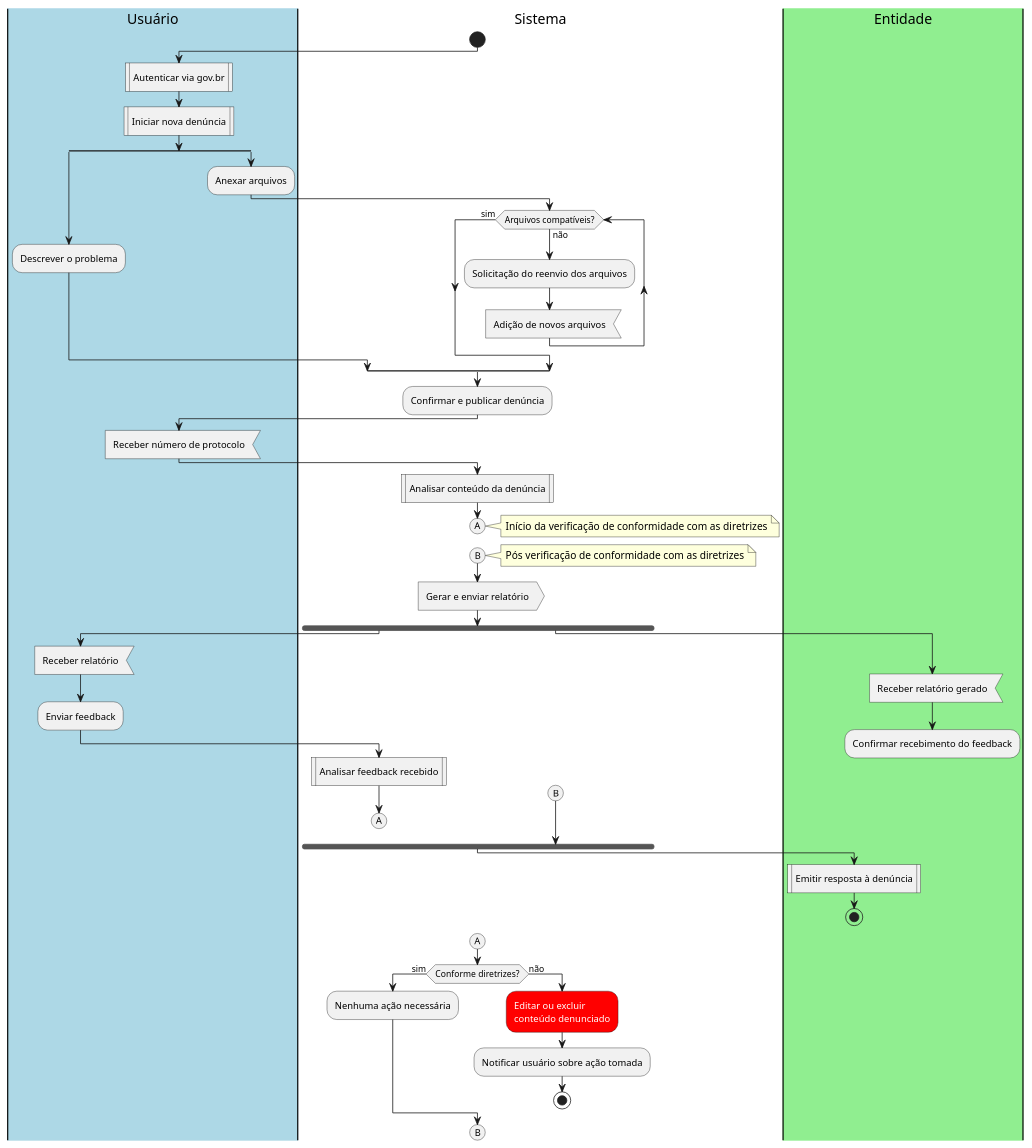
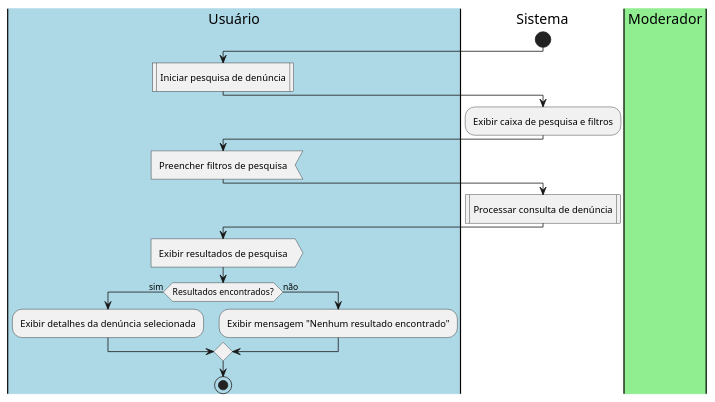
One commit to rafa-alves6/Reclama.se-AOO changed the second of 2 diagrams in modelos/UC_Pesquisar.md. Above: the diagram before and after it, drawn with PlantUML.

````diff
--- a/modelos/UC_Pesquisar.md
+++ b/modelos/UC_Pesquisar.md
@@ -114,81 +114,31 @@
 
 |#lightblue|Usuário|
 |Sistema|
-|#lightgreen|Entidade|
+|#lightgreen|Moderador|
 
 |Sistema|
 start
 
 |Usuário|
-:Autenticar via gov.br; <<procedure>>
-:Iniciar nova denúncia; <<procedure>>
+:Iniciar pesquisa de denúncia; <<procedure>>
+|Sistema|
+:Exibir caixa de pesquisa e filtros;
 
-split
-  :Descrever o problema;
-split again
-  :Anexar arquivos;
-  |Sistema|
-  while (Arquivos compatíveis?) is (não)
-    :Solicitação do reenvio dos arquivos;
-    :Adição de novos arquivos; <<input>>
-  endwhile (sim)
-endsplit
+|Usuário|
+:Preencher filtros de pesquisa; <<input>>
+|Sistema|
+:Processar consulta de denúncia; <<procedure>>
 
-:Confirmar e publicar denúncia;
 |Usuário|
-:Receber número de protocolo; <<input>>
-|Sistema|
-:Analisar conteúdo da denúncia; <<procedure>>
+:Exibir resultados de pesquisa; <<output>>
 
-(A)
-note right
-  Início da verificação de conformidade com as diretrizes
-end note
-detach
-
-(B)
-note right
-  Pós verificação de conformidade com as diretrizes
-end note
-:Gerar e enviar relatório; <<output>>
-
-fork
-  |Usuário|
-  :Receber relatório; <<input>>
-  :Enviar feedback;
-  |Sistema|
-  :Analisar feedback recebido; <<procedure>>
-  (A)
-  detach
-
-fork again
-  |Entidade|
-  :Receber relatório gerado; <<input>>
-  :Confirmar recebimento do feedback;
-  detach
-  |Sistema|
-  (B)
-end fork
-
-|Entidade|
-:Emitir resposta à denúncia; <<procedure>>
+if (Resultados encontrados?) then (sim)
+  :Exibir detalhes da denúncia selecionada;
+else (não)
+  :Exibir mensagem "Nenhum resultado encontrado";
+endif
 
 stop
 
-|Sistema|
-(A)
-if (Conforme diretrizes?) then (sim)
-  :Nenhuma ação necessária;
-else (não)
-  #red:<color:white>Editar ou excluir
-  <color:white>conteúdo denunciado;
-  :Notificar usuário sobre ação tomada;
-  stop
-endif
-
-
-(B)
-detach
-
 @enduml
 ```
````
